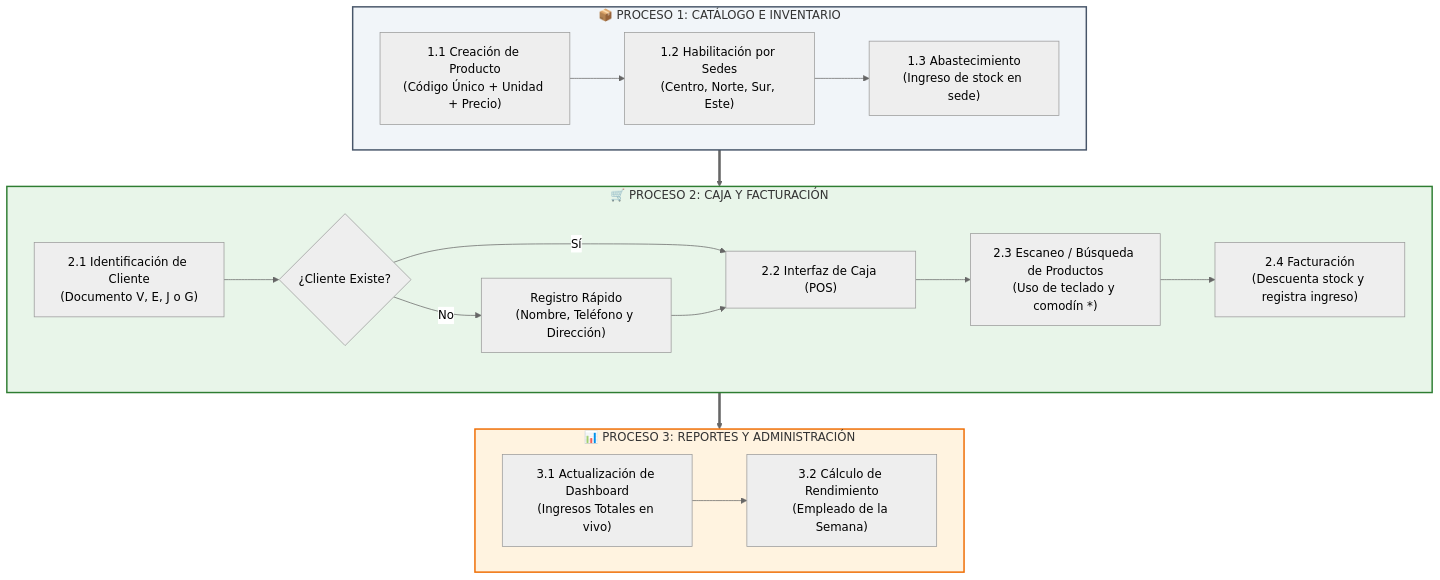
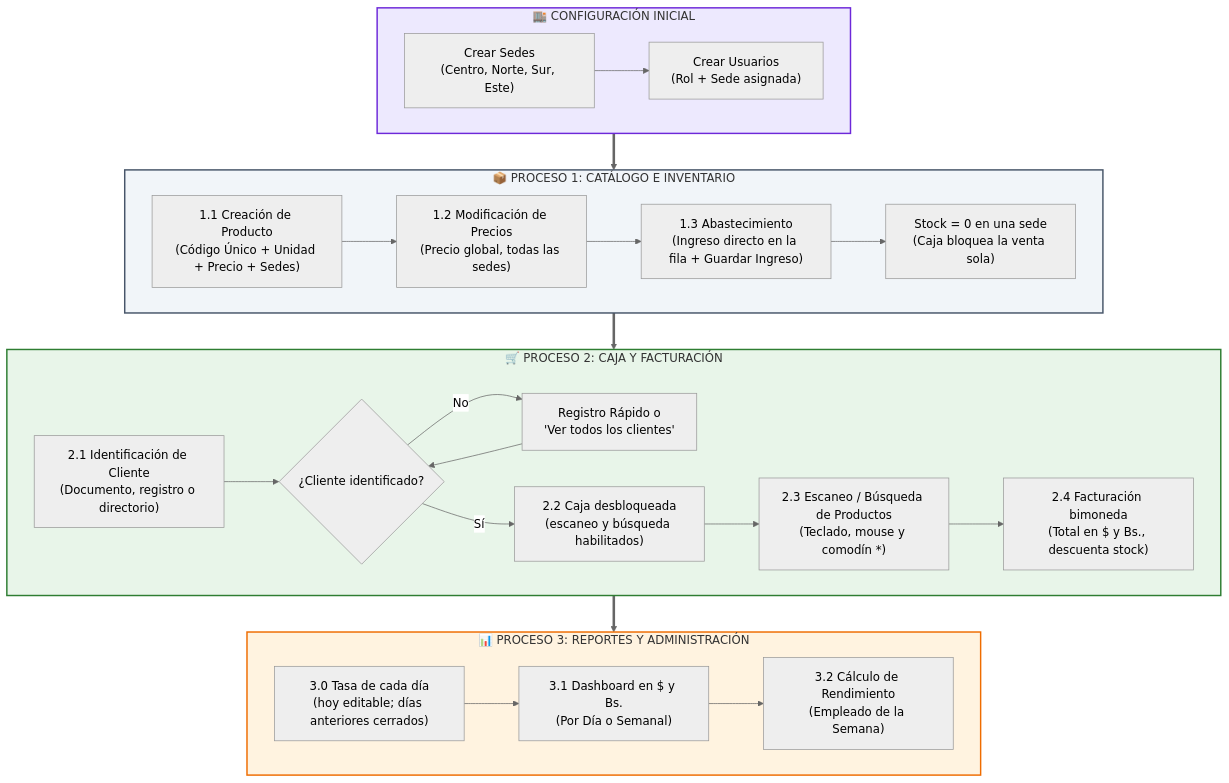
One commit to Gipsander/SuperPos changed the diagram in GUIA_DE_USUARIO.md. Above: the diagram before and after it, drawn with Mermaid (neutral theme). The commit also changed other lines of this file and 35 other files, not shown here.

````diff
--- a/GUIA_DE_USUARIO.md
+++ b/GUIA_DE_USUARIO.md
@@ -25,27 +26,35 @@
 ```mermaid
 flowchart TD
+    subgraph P0["🏬 CONFIGURACIÓN INICIAL"]
+        S1["Crear Sedes\n(Centro, Norte, Sur, Este)"] --> S2["Crear Usuarios\n(Rol + Sede asignada)"]
+    end
+
     subgraph P1["📦 PROCESO 1: CATÁLOGO E INVENTARIO"]
-        C1["1.1 Creación de Producto\n(Código Único + Unidad + Precio)"] --> C2["1.2 Habilitación por Sedes\n(Centro, Norte, Sur, Este)"]
-        C2 --> C3["1.3 Abastecimiento\n(Ingreso de stock en sede)"]
+        C1["1.1 Creación de Producto\n(Código Único + Unidad + Precio + Sedes)"] --> C2["1.2 Modificación de Precios\n(Precio global, todas las sedes)"]
+        C2 --> C3["1.3 Abastecimiento\n(Ingreso directo en la fila + Guardar Ingreso)"]
+        C3 --> C4["Stock = 0 en una sede\n(Caja bloquea la venta sola)"]
     end
 
     subgraph P2["🛒 PROCESO 2: CAJA Y FACTURACIÓN"]
-        I1["2.1 Identificación de Cliente\n(Documento V, E, J o G)"] --> I2{"¿Cliente Existe?"}
-        I2 -- "No" --> I3["Registro Rápido\n(Nombre, Teléfono y Dirección)"]
-        I2 -- "Sí" --> I4["2.2 Interfaz de Caja (POS)"]
-        I3 --> I4
-        I4 --> I5["2.3 Escaneo / Búsqueda de Productos\n(Uso de teclado y comodín *)"]
-        I5 --> I6["2.4 Facturación\n(Descuenta stock y registra ingreso)"]
+        I1["2.1 Identificación de Cliente\n(Documento, registro o directorio)"] --> I2{"¿Cliente identificado?"}
+        I2 -- "No" --> I3["Registro Rápido o\n'Ver todos los clientes'"]
+        I3 --> I2
+        I2 -- "Sí" --> I4["2.2 Caja desbloqueada\n(escaneo y búsqueda habilitados)"]
+        I4 --> I5["2.3 Escaneo / Búsqueda de Productos\n(Teclado, mouse y comodín *)"]
+        I5 --> I6["2.4 Facturación bimoneda\n(Total en $ y Bs., descuenta stock)"]
     end
 
     subgraph P3["📊 PROCESO 3: REPORTES Y ADMINISTRACIÓN"]
-        R1["3.1 Actualización de Dashboard\n(Ingresos Totales en vivo)"] --> R2["3.2 Cálculo de Rendimiento\n(Empleado de la Semana)"]
+        R0["3.0 Tasa de cada día\n(hoy editable; días anteriores cerrados)"] --> R1["3.1 Dashboard en $ y Bs.\n(Por Día o Semanal)"]
+        R1 --> R2["3.2 Cálculo de Rendimiento\n(Empleado de la Semana)"]
     end
 
+    P0 ==> P1
     P1 ==> P2
     P2 ==> P3
 
+    style P0 fill:#ede9fe,stroke:#6d28d9,stroke-width:2px
     style P1 fill:#f1f5f9,stroke:#475569,stroke-width:2px
     style P2 fill:#e8f5e9,stroke:#2e7d32,stroke-width:2px
     style P3 fill:#fff3e0,stroke:#ef6c00,stroke-width:2px
 ```
````
